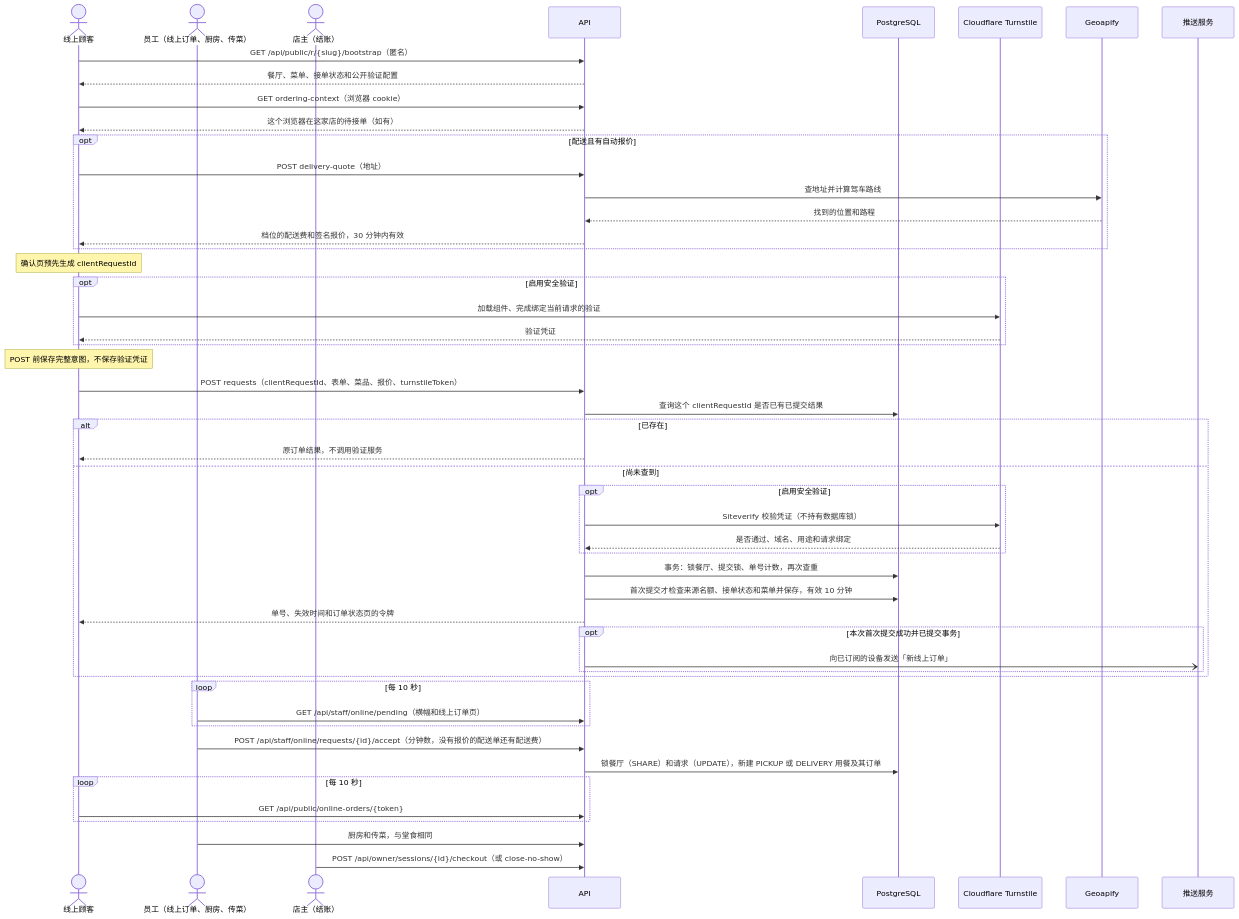
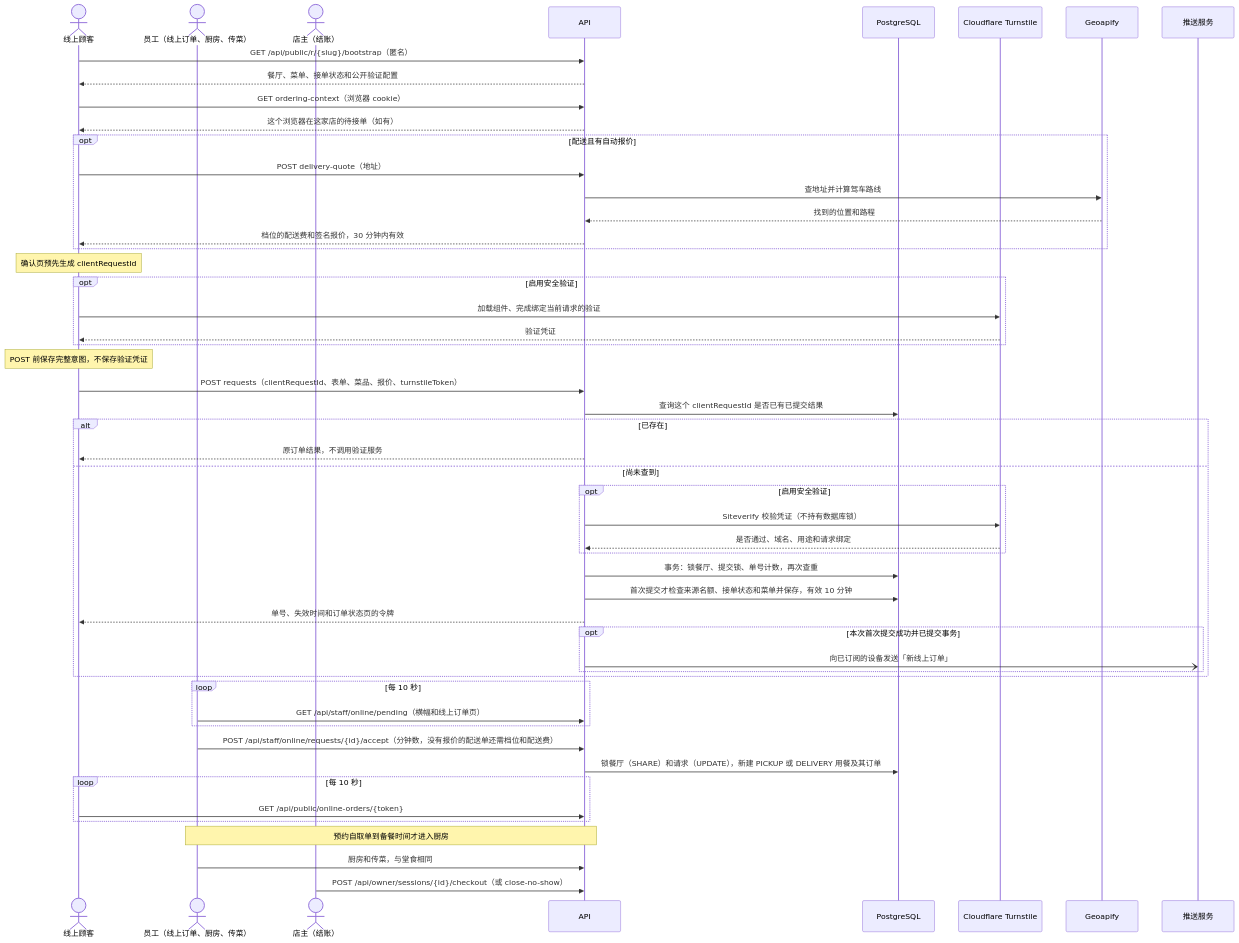
One commit to lorenzoyang/TavoloFlow changed the fourth of 5 diagrams in docs/zh-CN/development-notes.md. Above: the diagram before and after it, drawn with Mermaid. The commit also changed other lines of this file and 23 other files, not shown here.

````diff
--- a/docs/zh-CN/development-notes.md
+++ b/docs/zh-CN/development-notes.md
@@ -396,54 +396,55 @@
 ```mermaid
 sequenceDiagram
   actor C as 线上顾客
   actor S as 员工（线上订单、厨房、传菜）
   actor T as 店主（结账）
   participant A as API
   participant D as PostgreSQL
   participant V as Cloudflare Turnstile
   participant G as Geoapify
   participant P as 推送服务
 
   C->>A: GET /api/public/r/{slug}/bootstrap（匿名）
   A-->>C: 餐厅、菜单、接单状态和公开验证配置
   C->>A: GET ordering-context（浏览器 cookie）
   A-->>C: 这个浏览器在这家店的待接单（如有）
   opt 配送且有自动报价
     C->>A: POST delivery-quote（地址）
     A->>G: 查地址并计算驾车路线
     G-->>A: 找到的位置和路程
     A-->>C: 档位的配送费和签名报价，30 分钟内有效
   end
   Note over C: 确认页预先生成 clientRequestId
   opt 启用安全验证
     C->>V: 加载组件、完成绑定当前请求的验证
     V-->>C: 验证凭证
   end
   Note over C: POST 前保存完整意图，不保存验证凭证
   C->>A: POST requests（clientRequestId、表单、菜品、报价、turnstileToken）
   A->>D: 查询这个 clientRequestId 是否已有已提交结果
   alt 已存在
     A-->>C: 原订单结果，不调用验证服务
   else 尚未查到
     opt 启用安全验证
       A->>V: Siteverify 校验凭证（不持有数据库锁）
       V-->>A: 是否通过、域名、用途和请求绑定
     end
     A->>D: 事务：锁餐厅、提交锁、单号计数，再次查重
     A->>D: 首次提交才检查来源名额、接单状态和菜单并保存，有效 10 分钟
     A-->>C: 单号、失效时间和订单状态页的令牌
     opt 本次首次提交成功并已提交事务
       A-)P: 向已订阅的设备发送「新线上订单」
     end
   end
   loop 每 10 秒
     S->>A: GET /api/staff/online/pending（横幅和线上订单页）
   end
-  S->>A: POST /api/staff/online/requests/{id}/accept（分钟数，没有报价的配送单还有配送费）
+  S->>A: POST /api/staff/online/requests/{id}/accept（分钟数，没有报价的配送单还需档位和配送费）
   A->>D: 锁餐厅（SHARE）和请求（UPDATE），新建 PICKUP 或 DELIVERY 用餐及其订单
   loop 每 10 秒
     C->>A: GET /api/public/online-orders/{token}
   end
+  Note over S,A: 预约自取单到备餐时间才进入厨房
   S->>A: 厨房和传菜，与堂食相同
   T->>A: POST /api/owner/sessions/{id}/checkout（或 close-no-show）
 ```
````
